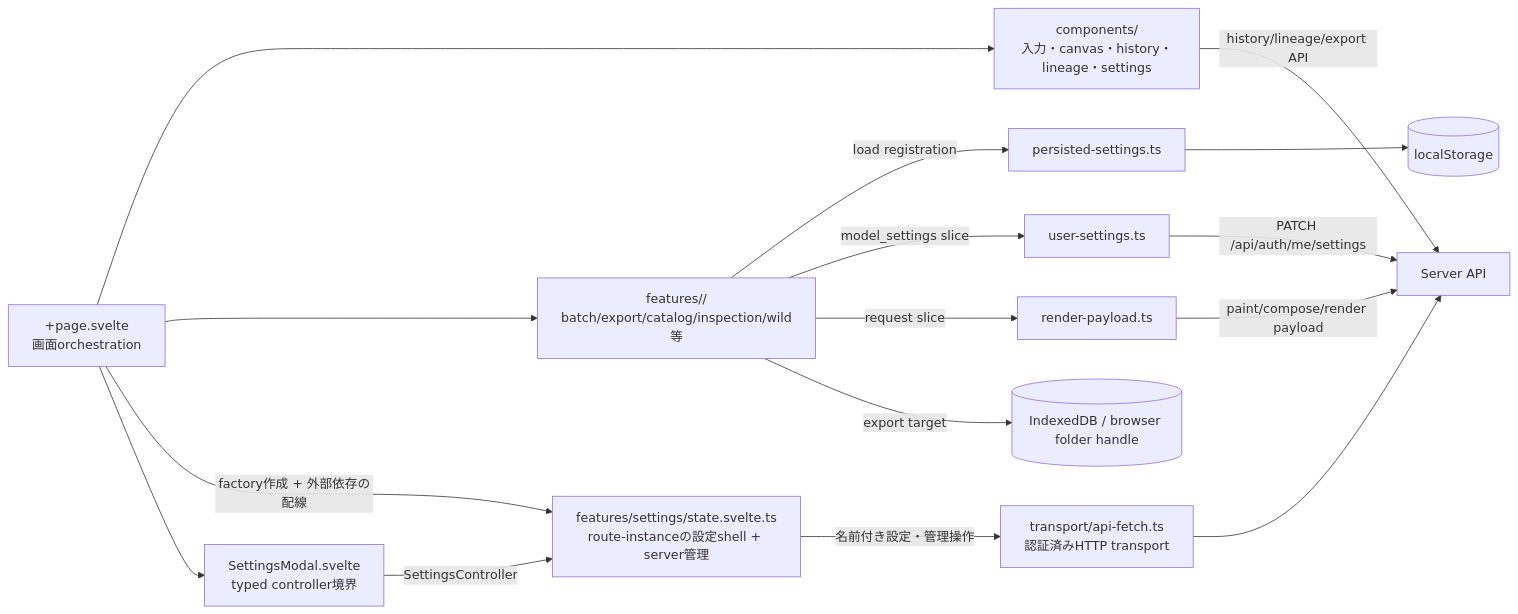
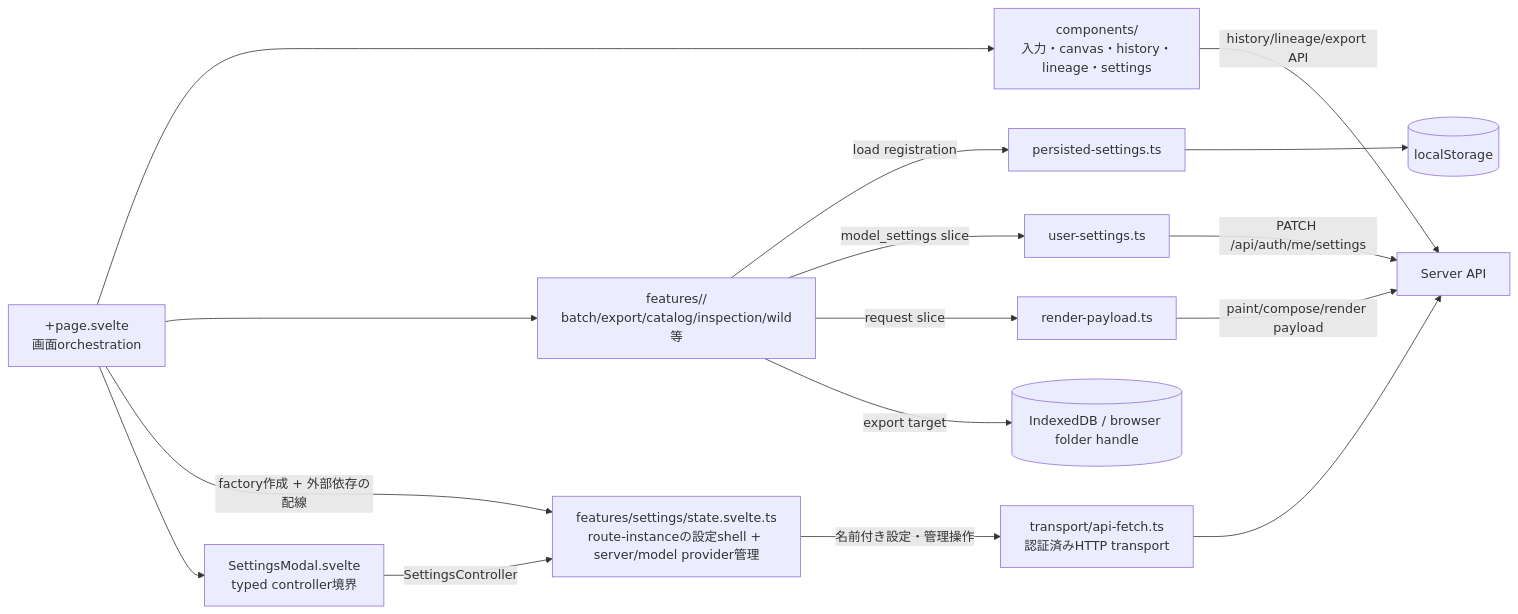
Before and after one commit to oikawas/inku-lang: the second of 2 diagrams in docs/architecture/client-boundaries.ja.md, drawn with Mermaid. The commit also changed other lines of this file and 6 other files, not shown here.

Commit message:
refactor(web): move model provider administration to settings owner

````diff
--- a/docs/architecture/client-boundaries.ja.md
+++ b/docs/architecture/client-boundaries.ja.md
@@ -31,31 +31,31 @@
 ```mermaid
 flowchart LR
     PAGE["+page.svelte\n画面orchestration"]
     COMPONENTS["components/\n入力・canvas・history・lineage・settings"]
     FEATURES["features/<name>/\nbatch/export/catalog/inspection/wild等"]
-    SETTINGS["features/settings/state.svelte.ts\nroute-instanceの設定shell + server管理"]
+    SETTINGS["features/settings/state.svelte.ts\nroute-instanceの設定shell + server/model provider管理"]
     SETTINGS_MODAL["SettingsModal.svelte\ntyped controller境界"]
     TRANSPORT["transport/api-fetch.ts\n認証済みHTTP transport"]
     PERSIST["persisted-settings.ts"]
     USERSET["user-settings.ts"]
     PAYLOAD["render-payload.ts"]
     LOCAL[("localStorage")]
     INDEXED[("IndexedDB / browser folder handle")]
     API["Server API"]
 
     PAGE --> COMPONENTS
     PAGE --> FEATURES
     PAGE -->|"factory作成 + 外部依存の配線"| SETTINGS
     PAGE --> SETTINGS_MODAL
     SETTINGS_MODAL -->|"SettingsController"| SETTINGS
     SETTINGS -->|"名前付き設定・管理操作"| TRANSPORT
     TRANSPORT --> API
     FEATURES -->|"load registration"| PERSIST
     FEATURES -->|"model_settings slice"| USERSET
     FEATURES -->|"request slice"| PAYLOAD
     PERSIST --> LOCAL
     USERSET -->|"PATCH /api/auth/me/settings"| API
     PAYLOAD -->|"paint/compose/render payload"| API
     FEATURES -->|"export target"| INDEXED
     COMPONENTS -->|"history/lineage/export API"| API
 ```
````
